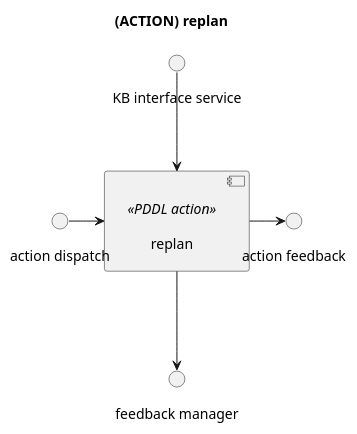
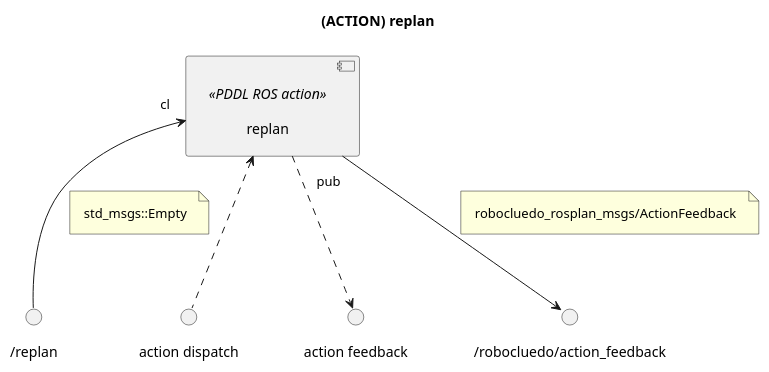
The first of 5 diagrams in robocluedo_rosplan/_docs/new-robocluedo.md (programmatoroSeduto/ExperimentalRoboticsLab-Assignment-2), drawn with PlantUML before and after one commit. The commit also changed other lines of this file and 91 other files, not shown here.

Commit message:
working on robocluedo_rosplan_actions (replan, move_to)

````diff
--- a/robocluedo_rosplan/_docs/new-robocluedo.md
+++ b/robocluedo_rosplan/_docs/new-robocluedo.md
@@ -114,28 +83,29 @@
 ```{uml} 
 @startuml
 
 ''' DIAGRAM INFOS
 title "(ACTION) replan"
 skinparam Padding 8
 allow_mixing
 
 
-''' FROM OTHER DIAGRAMS
-() "KB interface service" as SRV_IKB
-
-
 ''' COMPONENTS
-component "replan" <<PDDL action>> as ACT_REPLAN
+component "replan" <<PDDL ROS action>> as ACT_REPLAN
 
 
 ''' LINKS
-ACT_REPLAN <-up- SRV_IKB
+() "/replan" as SRV_IKB
+ACT_REPLAN "cl" <-- SRV_IKB
+note on link: std_msgs::Empty
+
 () "action dispatch" as DISPATCH
-ACT_REPLAN <-left- DISPATCH
+ACT_REPLAN <.. DISPATCH
 () "action feedback" as DISP_FEEDBACK 
-ACT_REPLAN -right-> DISP_FEEDBACK
-() "feedback manager" as TOPIC_FEEDBACK_MANAGER
-ACT_REPLAN -down-> TOPIC_FEEDBACK_MANAGER
+ACT_REPLAN ..> DISP_FEEDBACK
+
+() "/robocluedo/action_feedback" as TOPIC_FEEDBACK_MANAGER
+ACT_REPLAN "pub" --> TOPIC_FEEDBACK_MANAGER
+note on link: robocluedo_rosplan_msgs/ActionFeedback
 
 @enduml
 ```
````
